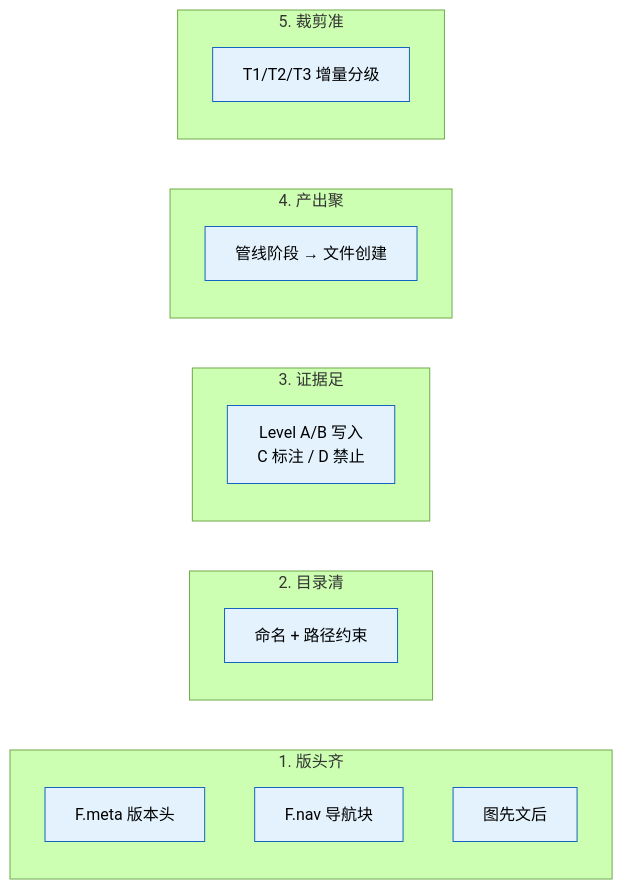
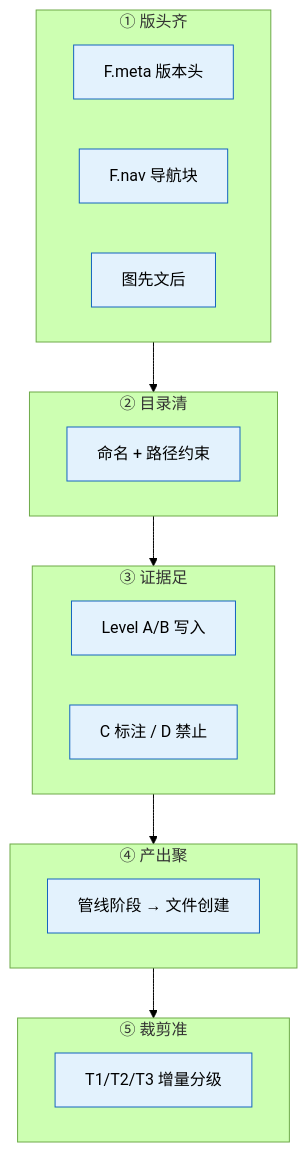
One commit to effiy/YrY changed the first of 9 diagrams in rules/doc-generation.md. Above: the diagram before and after it, drawn with Mermaid (forest theme). The commit also changed other lines of this file and 18 other files, not shown here.

````diff
--- a/rules/doc-generation.md
+++ b/rules/doc-generation.md
@@ -13,21 +15,25 @@
 ```mermaid
-flowchart LR
-    subgraph C1["1. 版头齐"]
-        M[F.meta 版本头]:::c
-        N[F.nav 导航块]:::c
-        G[图先文后]:::c
+flowchart TB
+    subgraph C1["① 版头齐"]
+        H1["F.meta 版本头"]:::c
+        H2["F.nav 导航块"]:::c
+        H3["图先文后"]:::c
     end
-    subgraph C2["2. 目录清"]
-        D[命名 + 路径约束]:::c
+    subgraph C2["② 目录清"]
+        D1["命名 + 路径约束"]:::c
     end
-    subgraph C3["3. 证据足"]
-        E[Level A/B 写入<br/>C 标注 / D 禁止]:::c
+    subgraph C3["③ 证据足"]
+        E1["Level A/B 写入"]:::c
+        E2["C 标注 / D 禁止"]:::c
     end
-    subgraph C4["4. 产出聚"]
-        O[管线阶段 → 文件创建]:::c
+    subgraph C4["④ 产出聚"]
+        O1["管线阶段 → 文件创建"]:::c
     end
-    subgraph C5["5. 裁剪准"]
-        T[T1/T2/T3 增量分级]:::c
+    subgraph C5["⑤ 裁剪准"]
+        T1["T1/T2/T3 增量分级"]:::c
     end
+
+    C1 --> C2 --> C3 --> C4 --> C5
+
     classDef c fill:#e3f2fd,stroke:#1565c0;
 ```
````
